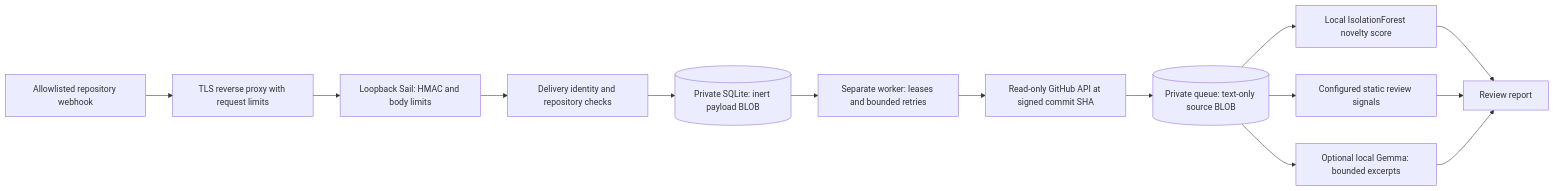
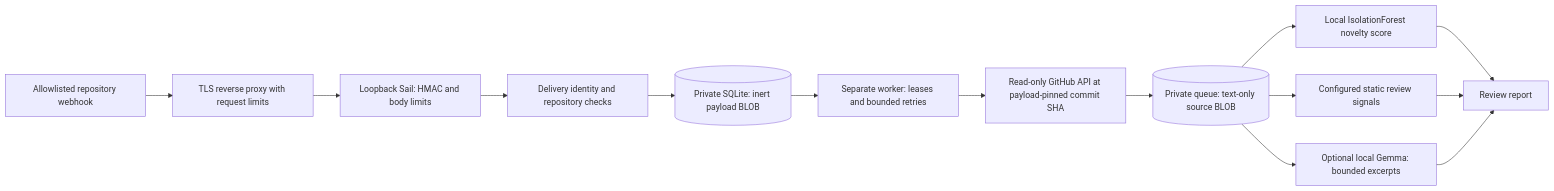
One commit to robs46859-eng/arkham-creeper changed the diagram in docs/ARCHITECTURE.md. Above: the diagram before and after it, drawn with Mermaid. The commit also changed other lines of this file and 18 other files, not shown here.

````diff
--- a/docs/ARCHITECTURE.md
+++ b/docs/ARCHITECTURE.md
@@ -3,16 +3,16 @@
 ```mermaid
 flowchart LR
     GH[Allowlisted repository webhook] --> TLS[TLS reverse proxy with request limits]
     TLS --> Sail[Loopback Sail: HMAC and body limits]
     Sail --> Tentacles[Delivery identity and repository checks]
     Tentacles --> Deep[(Private SQLite: inert payload BLOB)]
     Deep --> Worker[Separate worker: leases and bounded retries]
-    Worker --> Fetch[Read-only GitHub API at signed commit SHA]
+    Worker --> Fetch[Read-only GitHub API at payload-pinned commit SHA]
     Fetch --> Sources[(Private queue: text-only source BLOB)]
     Sources --> AI[Local IsolationForest novelty score]
     Sources --> Rules[Configured static review signals]
     Sources --> Gemma[Optional local Gemma: bounded excerpts]
     AI --> Report[Review report]
     Rules --> Report
     Gemma --> Report
 ```
````
